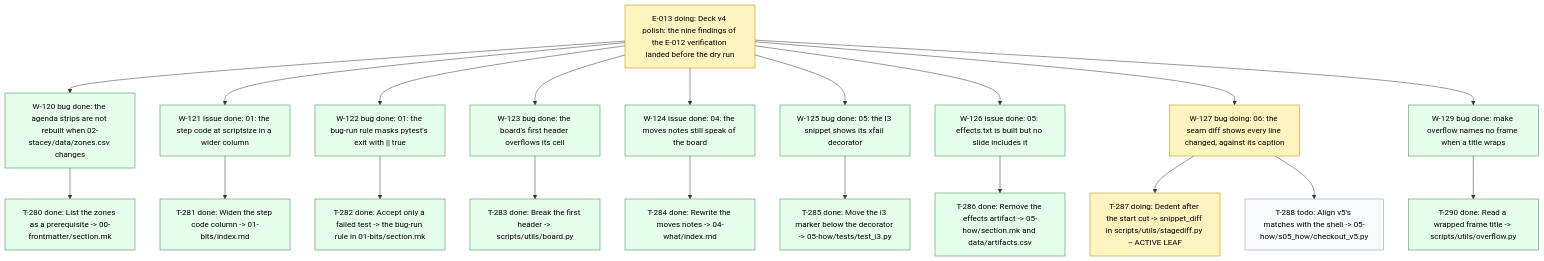
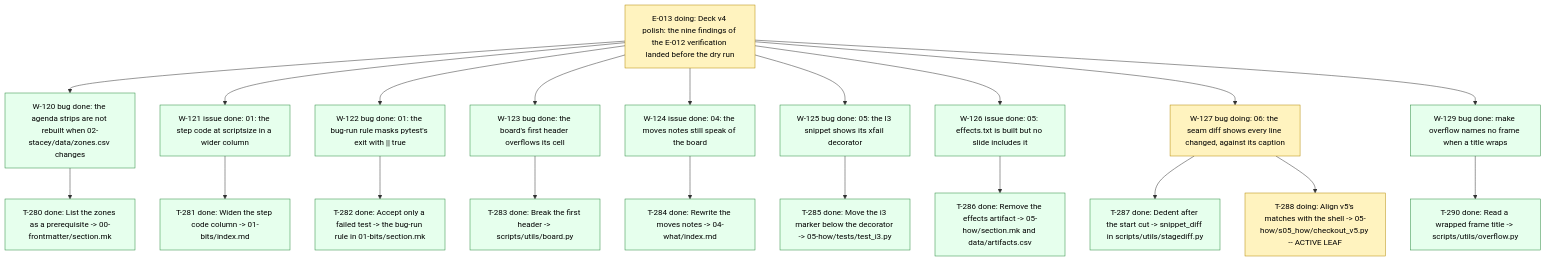
Before and after one commit to dpopchev/chaos-to-simple: the diagram in .board/BOARD.md, drawn with Mermaid. The commit also changed other lines of this file and 2 other files, not shown here.

Commit message:
chore(board): close T-287, start T-288
Refs: W-127 T-287 T-288

````diff
--- a/.board/BOARD.md
+++ b/.board/BOARD.md
@@ -729,31 +729,30 @@
 ```mermaid
 flowchart TD
   E013["E-013 doing: Deck v4 polish: the nine findings of the E-012 verification landed before the dry run"]
   E013 --> W120["W-120 bug done: the agenda strips are not rebuilt when 02-stacey/data/zones.csv changes"]
   W120 --> T280["T-280 done: List the zones as a prerequisite -> 00-frontmatter/section.mk"]
   E013 --> W121["W-121 issue done: 01: the step code at scriptsize in a wider column"]
   W121 --> T281["T-281 done: Widen the step code column -> 01-bits/index.md"]
   E013 --> W122["W-122 bug done: 01: the bug-run rule masks pytest's exit with || true"]
   W122 --> T282["T-282 done: Accept only a failed test -> the bug-run rule in 01-bits/section.mk"]
   E013 --> W123["W-123 bug done: the board's first header overflows its cell"]
   W123 --> T283["T-283 done: Break the first header -> scripts/utils/board.py"]
   E013 --> W124["W-124 issue done: 04: the moves notes still speak of the board"]
   W124 --> T284["T-284 done: Rewrite the moves notes -> 04-what/index.md"]
   E013 --> W125["W-125 bug done: 05: the I3 snippet shows its xfail decorator"]
   W125 --> T285["T-285 done: Move the i3 marker below the decorator -> 05-how/tests/test_i3.py"]
   E013 --> W126["W-126 issue done: 05: effects.txt is built but no slide includes it"]
   W126 --> T286["T-286 done: Remove the effects artifact -> 05-how/section.mk and data/artifacts.csv"]
   E013 --> W127["W-127 bug doing: 06: the seam diff shows every line changed, against its caption"]
-  W127 --> T287["T-287 doing: Dedent after the start cut -> snippet_diff in scripts/utils/stagediff.py -- ACTIVE LEAF"]
-  W127 --> T288["T-288 todo: Align v5's matches with the shell -> 05-how/s05_how/checkout_v5.py"]
+  W127 --> T287["T-287 done: Dedent after the start cut -> snippet_diff in scripts/utils/stagediff.py"]
+  W127 --> T288["T-288 doing: Align v5's matches with the shell -> 05-how/s05_how/checkout_v5.py -- ACTIVE LEAF"]
   E013 --> W129["W-129 bug done: make overflow names no frame when a title wraps"]
   W129 --> T290["T-290 done: Read a wrapped frame title -> scripts/utils/overflow.py"]
   classDef doing fill:#fff3bf,stroke:#b58900,color:#000;
   classDef blocked fill:#ffe3e3,stroke:#c92a2a,color:#000;
   classDef done fill:#e6ffed,stroke:#2b8a3e,color:#000;
   classDef todo fill:#f8f9fa,stroke:#868e96,color:#000;
   classDef pruned fill:#f1f3f5,stroke:#adb5bd,color:#000;
-  class E013,W127,T287 doing
-  class W120,T280,W121,T281,W122,T282,W123,T283,W124,T284,W125,T285,W126,T286,W129,T290 done
-  class T288 todo
+  class E013,W127,T288 doing
+  class W120,T280,W121,T281,W122,T282,W123,T283,W124,T284,W125,T285,W126,T286,T287,W129,T290 done
 ```
````
